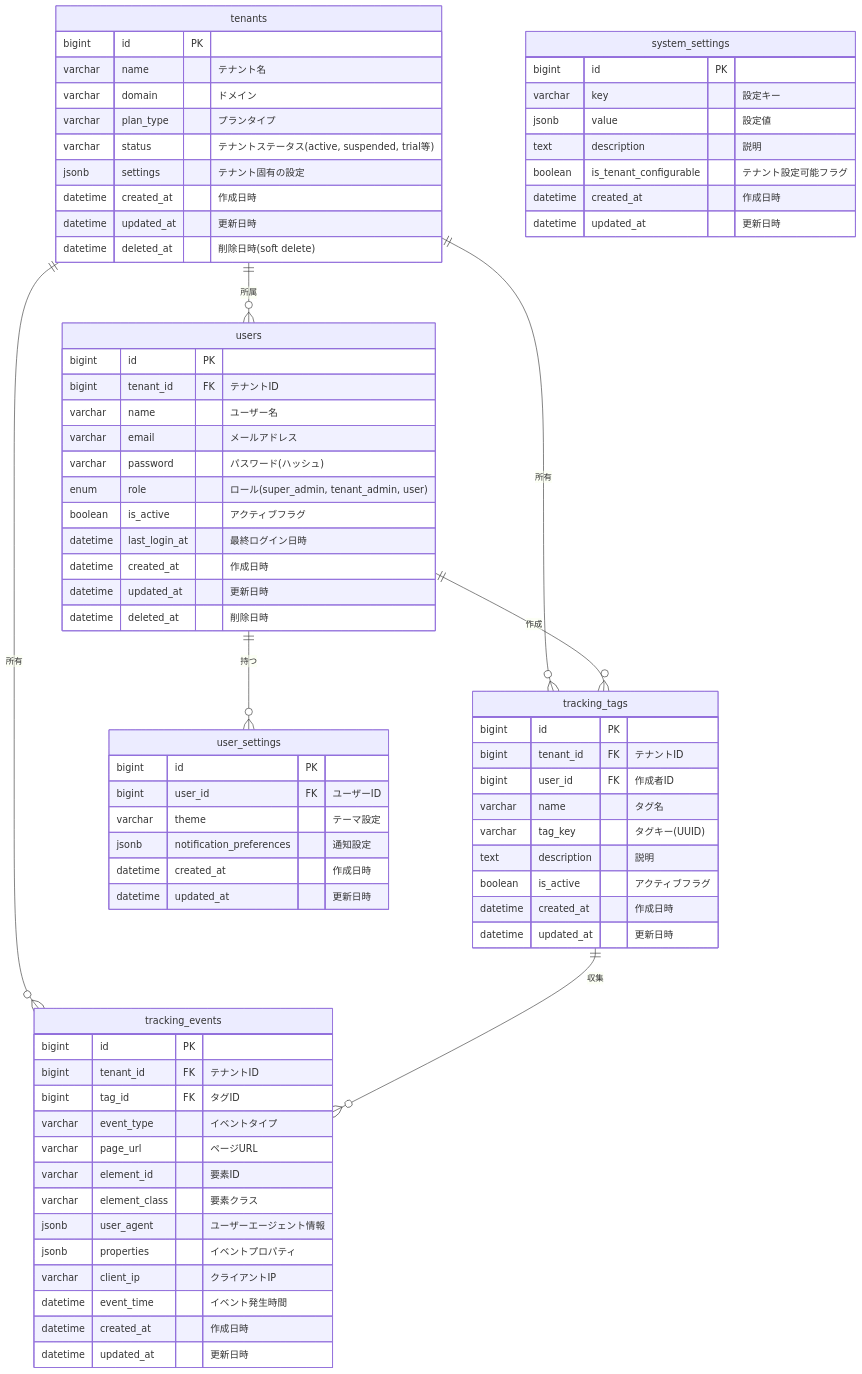
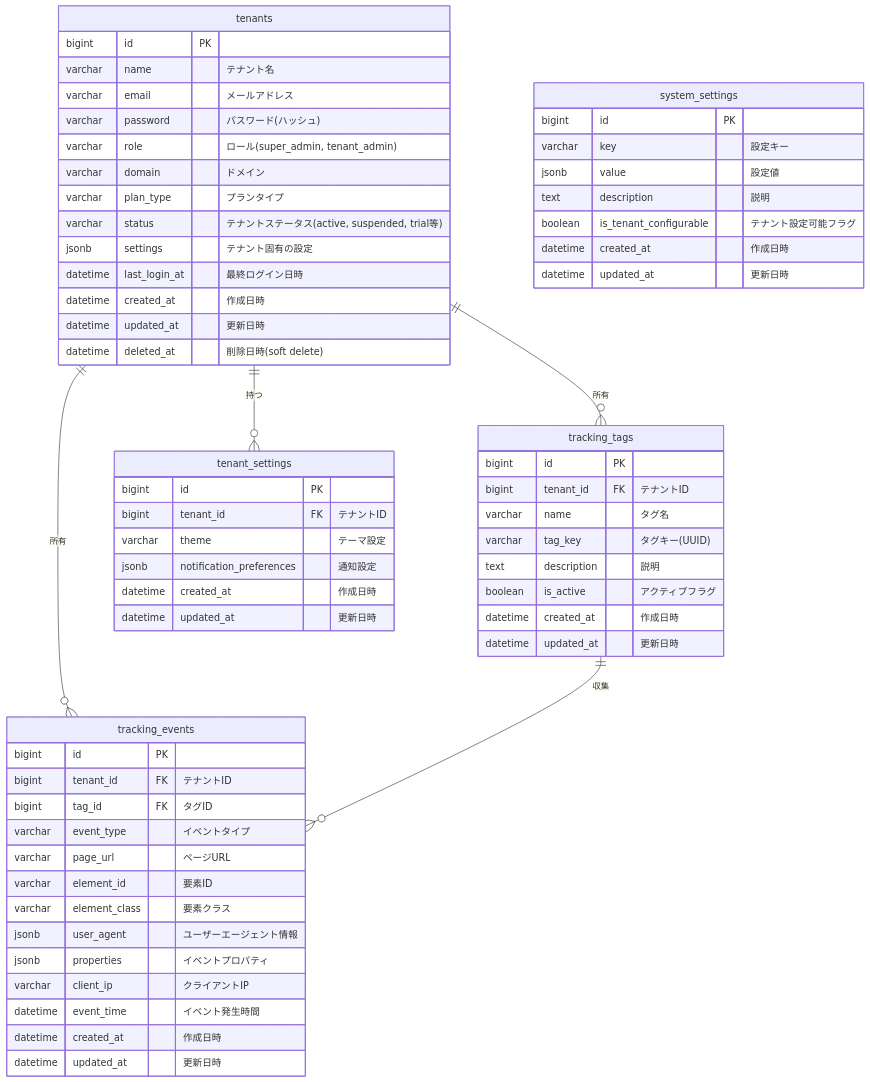
Before and after one commit to ryryo/ai-saas-template: the diagram in docs/startup/d3-2_database-design.md, drawn with Mermaid. The commit also changed other lines of this file and 3 other files, not shown here.

````diff
--- a/docs/startup/d3-2_database-design.md
+++ b/docs/startup/d3-2_database-design.md
@@ -7,83 +28,70 @@
 ```mermaid
 erDiagram
-    tenants ||--o{ users : "所属"
     tenants ||--o{ tracking_tags : "所有"
     tenants ||--o{ tracking_events : "所有"
-    users ||--o{ tracking_tags : "作成"
-    users ||--o{ user_settings : "持つ"
+    tenants ||--o{ tenant_settings : "持つ"
     tracking_tags ||--o{ tracking_events : "収集"
 
     tenants {
         bigint id PK
         varchar name "テナント名"
+        varchar email "メールアドレス"
+        varchar password "パスワード(ハッシュ)"
+        varchar role "ロール(super_admin, tenant_admin)"
         varchar domain "ドメイン"
         varchar plan_type "プランタイプ"
         varchar status "テナントステータス(active, suspended, trial等)"
         jsonb settings "テナント固有の設定"
+        datetime last_login_at "最終ログイン日時"
         datetime created_at "作成日時"
         datetime updated_at "更新日時"
         datetime deleted_at "削除日時(soft delete)" 
     }
 
-    users {
-        bigint id PK
-        bigint tenant_id FK "テナントID"
-        varchar name "ユーザー名"
-        varchar email "メールアドレス" 
-        varchar password "パスワード(ハッシュ)"
-        enum role "ロール(super_admin, tenant_admin, user)"
-        boolean is_active "アクティブフラグ"
-        datetime last_login_at "最終ログイン日時"
-        datetime created_at "作成日時"
-        datetime updated_at "更新日時"
-        datetime deleted_at "削除日時"
-    }
-
     tracking_tags {
         bigint id PK
         bigint tenant_id FK "テナントID"
-        bigint user_id FK "作成者ID"
         varchar name "タグ名"
         varchar tag_key "タグキー(UUID)"
         text description "説明"
         boolean is_active "アクティブフラグ"
         datetime created_at "作成日時"
         datetime updated_at "更新日時"
     }
 
     tracking_events {
         bigint id PK
         bigint tenant_id FK "テナントID"
         bigint tag_id FK "タグID"
         varchar event_type "イベントタイプ"
         varchar page_url "ページURL"
         varchar element_id "要素ID"
         varchar element_class "要素クラス"
         jsonb user_agent "ユーザーエージェント情報"
         jsonb properties "イベントプロパティ"
         varchar client_ip "クライアントIP"
         datetime event_time "イベント発生時間"
         datetime created_at "作成日時"
         datetime updated_at "更新日時"
     }
 
-    user_settings {
+    tenant_settings {
         bigint id PK
-        bigint user_id FK "ユーザーID"
+        bigint tenant_id FK "テナントID"
         varchar theme "テーマ設定"
         jsonb notification_preferences "通知設定"
         datetime created_at "作成日時"
         datetime updated_at "更新日時"
     }
 
     system_settings {
         bigint id PK
         varchar key "設定キー"
         jsonb value "設定値"
         text description "説明"
         boolean is_tenant_configurable "テナント設定可能フラグ"
         datetime created_at "作成日時"
         datetime updated_at "更新日時"
     }
 
 ```
````
